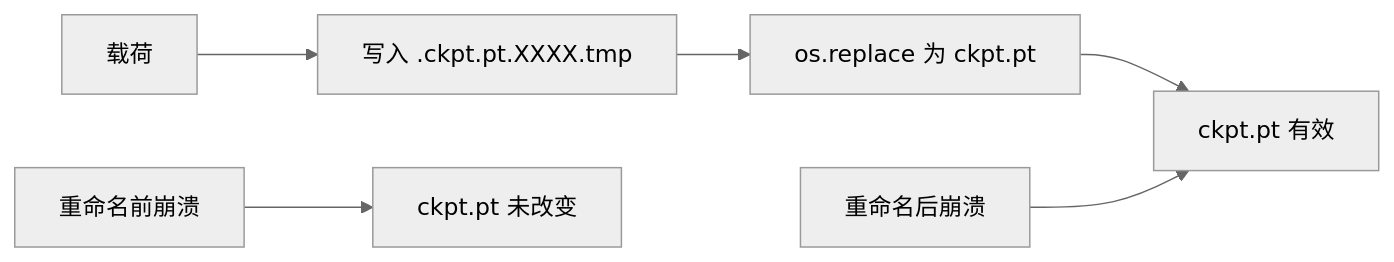
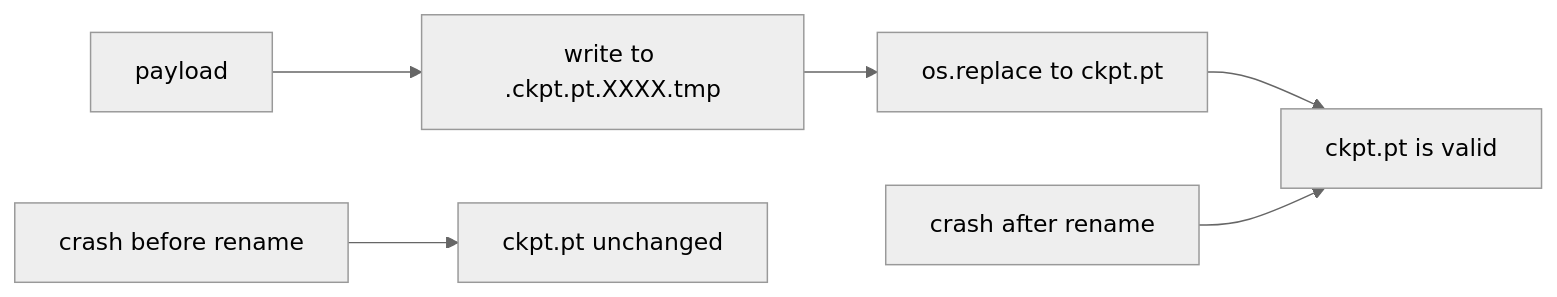
One commit to xiaojiaenen/ai-engineering-from-scratch-zh changed the second of 3 diagrams in i18n/zh/phases/19-capstone-projects/47-checkpoint-save-resume/docs/zh.md. Above: the diagram before and after it, drawn with Mermaid (neutral theme). The commit also changed other lines of this file and 85 other files, not shown here.

````diff
--- a/i18n/zh/phases/19-capstone-projects/47-checkpoint-save-resume/docs/zh.md
+++ b/i18n/zh/phases/19-capstone-projects/47-checkpoint-save-resume/docs/zh.md
@@ -50,8 +50,8 @@
 ```mermaid
 flowchart LR
-  payload[载荷] --> tmpf[写入 .ckpt.pt.XXXX.tmp]
-  tmpf --> rename[os.replace 为 ckpt.pt]
-  rename --> done[ckpt.pt 有效]
-  crash1[重命名前崩溃] --> orig[ckpt.pt 未改变]
-  crash2[重命名后崩溃] --> done
+  payload[payload] --> tmpf[write to .ckpt.pt.XXXX.tmp]
+  tmpf --> rename[os.replace to ckpt.pt]
+  rename --> done[ckpt.pt is valid]
+  crash1[crash before rename] --> orig[ckpt.pt unchanged]
+  crash2[crash after rename] --> done
 ```
````
